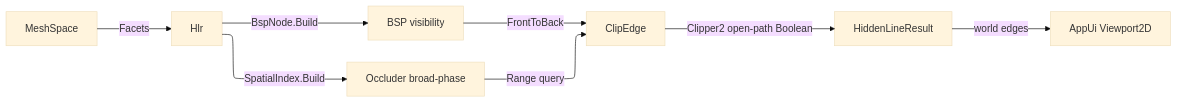
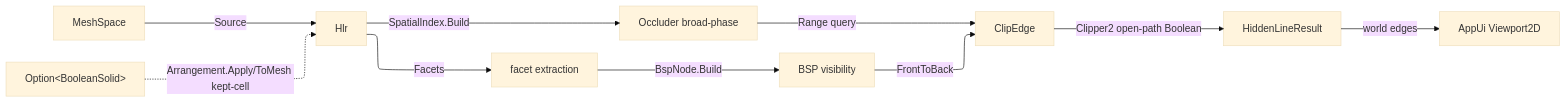
Before and after one commit to bsamiee/Rasm: the diagram in libs/csharp/Rasm.Fabrication/.planning/Posting/projection.md, drawn with Mermaid. The commit also changed other lines of this file and 80 other files, not shown here.

````diff
--- a/libs/csharp/Rasm.Fabrication/.planning/Posting/projection.md
+++ b/libs/csharp/Rasm.Fabrication/.planning/Posting/projection.md
@@ -156,15 +168,17 @@
 ```mermaid
 ---
 config:
   layout: elk
   theme: base
 ---
 flowchart LR
-    MeshSpace["MeshSpace"] -->|Facets| Hlr["Hlr"]
-    Hlr -->|BspNode.Build| BSP["BSP visibility"]
+    MeshSpace["MeshSpace"] -->|Source| Hlr["Hlr"]
+    Watertight["Option&lt;BooleanSolid&gt;"] -.->|"Arrangement.Apply/ToMesh kept-cell"| Hlr
+    Hlr -->|Facets| BSP0["facet extraction"]
+    BSP0 -->|BspNode.Build| BSP["BSP visibility"]
     Hlr -->|SpatialIndex.Build| Broad["Occluder broad-phase"]
     BSP -->|FrontToBack| ClipEdge["ClipEdge"]
     Broad -->|Range query| ClipEdge
     ClipEdge -->|Clipper2 open-path Boolean| HiddenLineResult["HiddenLineResult"]
     HiddenLineResult -->|world edges| Viewport2D["AppUi Viewport2D"]
 ```
````
